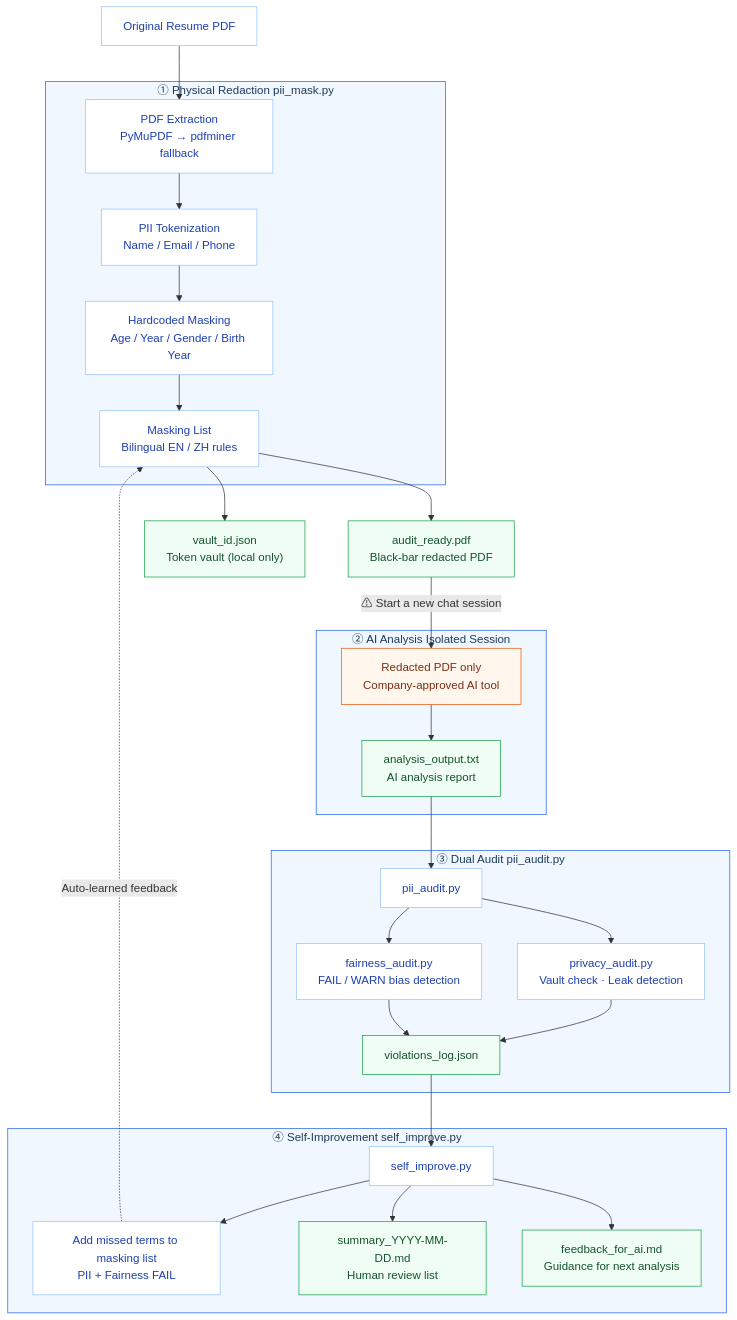
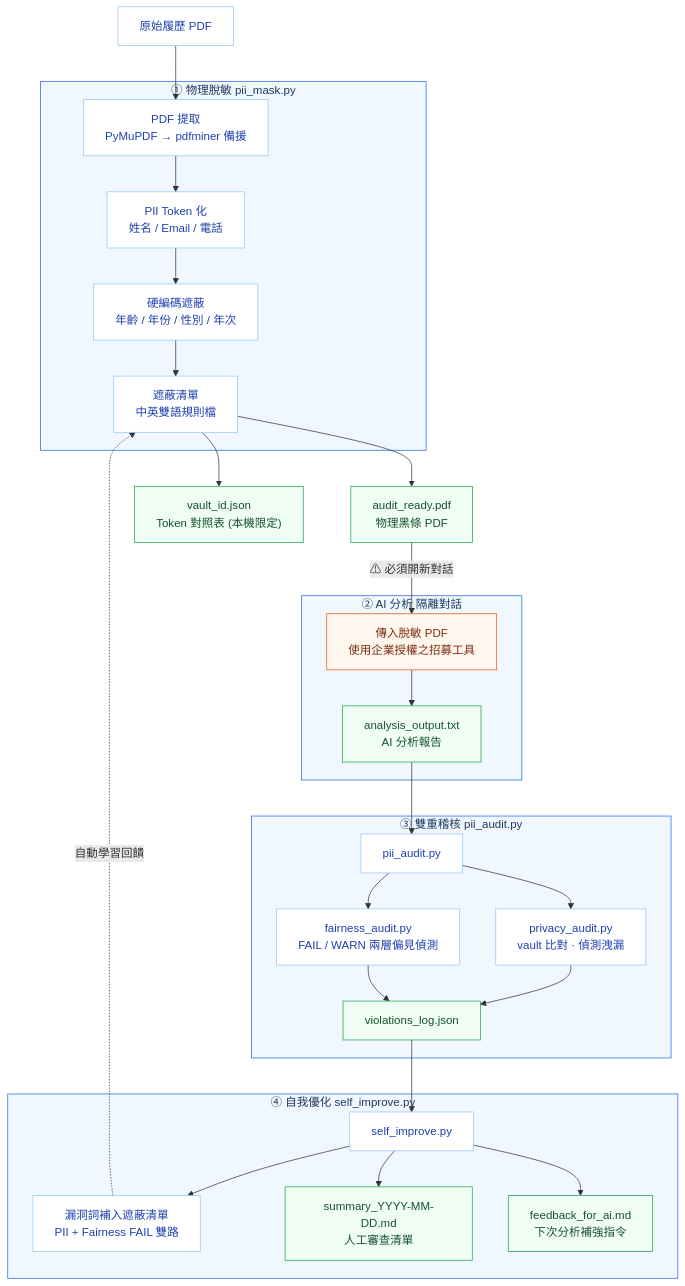
The diagram in README.md (chengwesley/AnonyHire), drawn with Mermaid before and after one commit. The commit also changed other lines of this file and 2 other files, not shown here.

````diff
--- a/README.md
+++ b/README.md
@@ -19,53 +15,53 @@
 ```mermaid
 flowchart TD
-    INPUT[Original Resume PDF]
+    INPUT[原始履歷 PDF]
 
     INPUT --> MASK
 
-    subgraph STEP1["① Physical Redaction  pii_mask.py"]
-        MASK[PDF Extraction<br/>PyMuPDF → pdfminer fallback]
-        MASK --> TOK[PII Tokenization<br/>Name / Email / Phone]
-        TOK --> HARD[Hardcoded Masking<br/>Age / Year / Gender / Birth Year]
-        HARD --> BL[Masking List<br/>Bilingual EN / ZH rules]
+    subgraph STEP1["① 物理脫敏  pii_mask.py"]
+        MASK[PDF 提取<br/>PyMuPDF → pdfminer 備援]
+        MASK --> TOK[PII Token 化<br/>姓名 / Email / 電話]
+        TOK --> HARD[硬編碼遮蔽<br/>年齡 / 年份 / 性別 / 年次]
+        HARD --> BL[遮蔽清單<br/>中英雙語規則檔]
     end
 
-    BL --> PDF_OUT[audit_ready.pdf<br/>Black-bar redacted PDF]
-    BL --> VAULT["vault_id.json<br/>Token vault (local only)"]
+    BL --> PDF_OUT[audit_ready.pdf<br/>物理黑條 PDF]
+    BL --> VAULT["vault_id.json<br/>Token 對照表 (本機限定)"]
 
-    PDF_OUT -->|"⚠ Start a new chat session"| ANALYSIS
+    PDF_OUT -->|"⚠ 必須開新對話"| ANALYSIS
 
-    subgraph STEP2["② AI Analysis  Isolated Session"]
-        ANALYSIS[Redacted PDF only<br/>Company-approved AI tool]
-        ANALYSIS --> REPORT[analysis_output.txt<br/>AI analysis report]
+    subgraph STEP2["② AI 分析  隔離對話"]
+        ANALYSIS[傳入脫敏 PDF<br/>使用企業授權之招募工具]
+        ANALYSIS --> REPORT[analysis_output.txt<br/>AI 分析報告]
     end
 
     REPORT --> AUDIT
 
-    subgraph STEP3["③ Dual Audit  pii_audit.py"]
+    subgraph STEP3["③ 雙重稽核  pii_audit.py"]
         AUDIT[pii_audit.py]
-        AUDIT --> PRIV[privacy_audit.py<br/>Vault check · Leak detection]
-        AUDIT --> FAIR[fairness_audit.py<br/>FAIL / WARN bias detection]
+        AUDIT --> PRIV[privacy_audit.py<br/>vault 比對 · 偵測洩漏]
+        AUDIT --> FAIR[fairness_audit.py<br/>FAIL / WARN 兩層偏見偵測]
         PRIV --> LOG[violations_log.json]
         FAIR --> LOG
     end
 
     LOG --> IMPROVE
 
-    subgraph STEP4["④ Self-Improvement  self_improve.py"]
+    subgraph STEP4["④ 自我優化  self_improve.py"]
         IMPROVE[self_improve.py]
-        IMPROVE --> BL_UPDATE[Add missed terms to masking list<br/>PII + Fairness FAIL]
-        IMPROVE --> SUMMARY[summary_YYYY-MM-DD.md<br/>Human review list]
-        IMPROVE --> FEEDBACK[feedback_for_ai.md<br/>Guidance for next analysis]
+        IMPROVE --> BL_UPDATE[漏洞詞補入遮蔽清單<br/>PII + Fairness FAIL 雙路]
+        IMPROVE --> SUMMARY[summary_YYYY-MM-DD.md<br/>人工審查清單]
+        IMPROVE --> FEEDBACK[feedback_for_ai.md<br/>下次分析補強指令]
     end
 
-    BL_UPDATE -.->|Auto-learned feedback| BL
+    BL_UPDATE -.->|自動學習回饋| BL
 
     classDef step fill:#f0f7ff,stroke:#2563eb,color:#1e3a5f
     classDef node fill:#ffffff,stroke:#93c5fd,color:#1e40af
     classDef output fill:#f0fdf4,stroke:#16a34a,color:#14532d
     classDef warn fill:#fff7ed,stroke:#ea580c,color:#7c2d12
     class STEP1,STEP2,STEP3,STEP4 step
     class MASK,TOK,HARD,BL,AUDIT,PRIV,FAIR,IMPROVE,BL_UPDATE node
     class PDF_OUT,VAULT,REPORT,LOG,SUMMARY,FEEDBACK output
     class ANALYSIS warn
 ```
````
